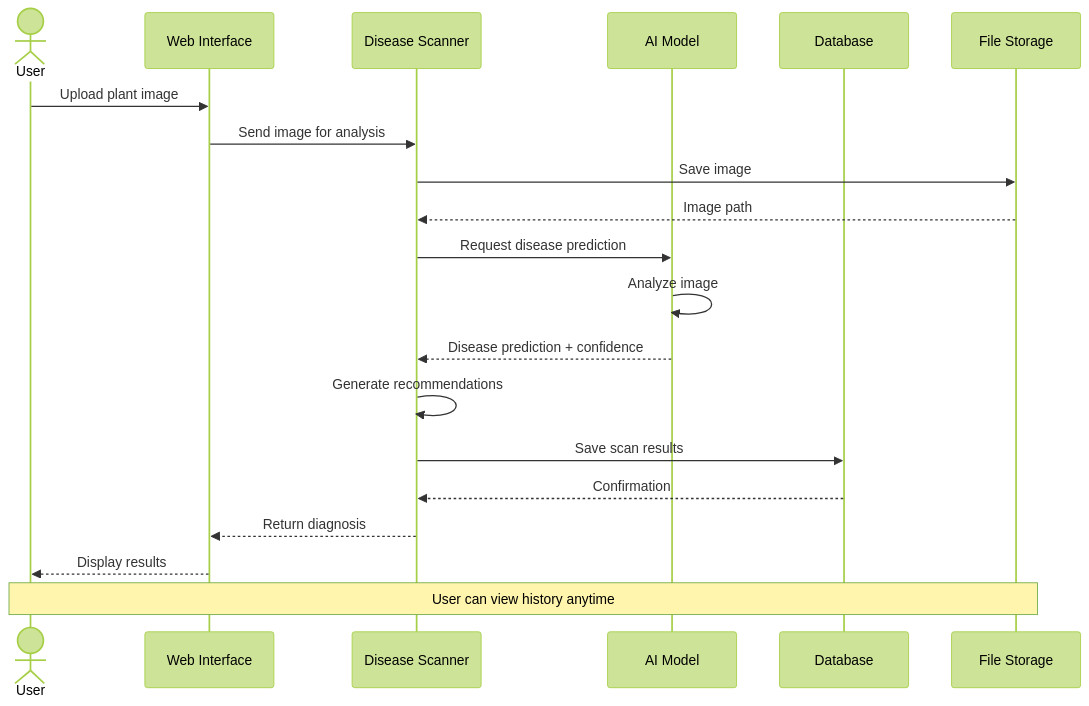
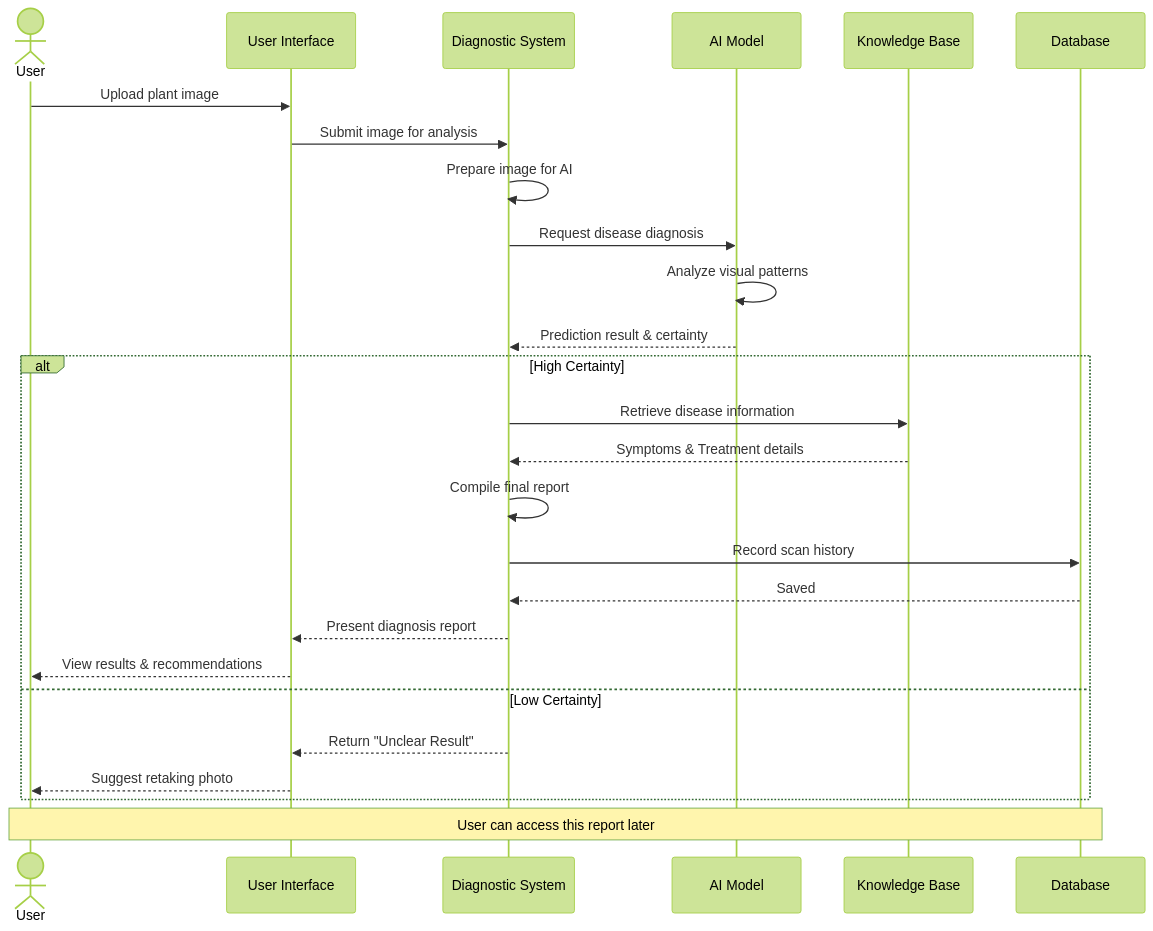
Before and after one commit to abdullah2323442/practice: the seventh of 15 diagrams in system documentation.md, drawn with Mermaid (forest theme). The commit also changed other lines of this file, not shown here.

First line of the commit message:
Revise system documentation for clarity and accuracy

````diff
--- a/system documentation.md
+++ b/system documentation.md
@@ -420,27 +427,32 @@
 ```mermaid
 sequenceDiagram
     actor User
-    participant Web as Web Interface
-    participant Scanner as Disease Scanner
+    participant Web as User Interface
+    participant Scanner as Diagnostic System
     participant AI as AI Model
+    participant Encyc as Knowledge Base
     participant DB as Database
-    participant Storage as File Storage
     
     User->>Web: Upload plant image
-    Web->>Scanner: Send image for analysis
-    Scanner->>Storage: Save image
-    Storage-->>Scanner: Image path
+    Web->>Scanner: Submit image for analysis
     
-    Scanner->>AI: Request disease prediction
-    AI->>AI: Analyze image
-    AI-->>Scanner: Disease prediction + confidence
+    Scanner->>Scanner: Prepare image for AI
+    Scanner->>AI: Request disease diagnosis
+    AI->>AI: Analyze visual patterns
+    AI-->>Scanner: Prediction result & certainty
     
-    Scanner->>Scanner: Generate recommendations
-    Scanner->>DB: Save scan results
-    DB-->>Scanner: Confirmation
+    alt High Certainty
+        Scanner->>Encyc: Retrieve disease information
+        Encyc-->>Scanner: Symptoms & Treatment details
+        Scanner->>Scanner: Compile final report
+        Scanner->>DB: Record scan history
+        DB-->>Scanner: Saved
+        Scanner-->>Web: Present diagnosis report
+        Web-->>User: View results & recommendations
+    else Low Certainty
+        Scanner-->>Web: Return "Unclear Result"
+        Web-->>User: Suggest retaking photo
+    end
     
-    Scanner-->>Web: Return diagnosis
-    Web-->>User: Display results
-    
-    Note over User,Storage: User can view history anytime
+    Note over User,DB: User can access this report later
 ```
````
